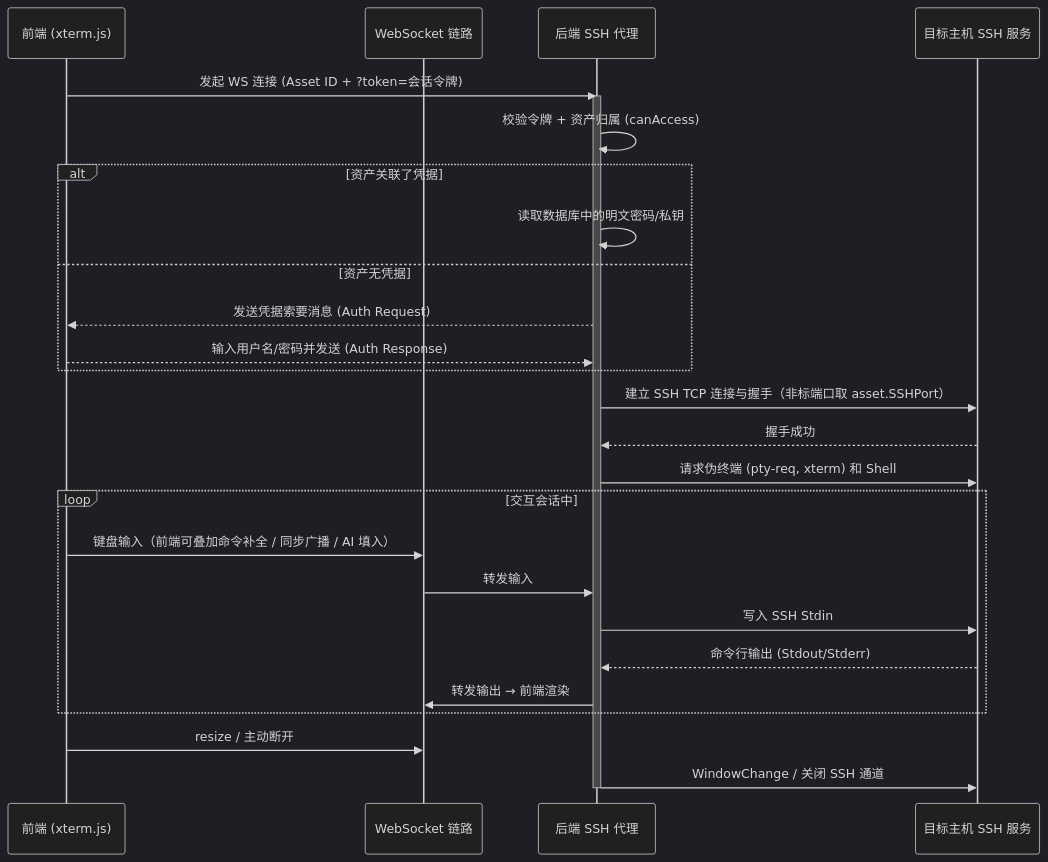
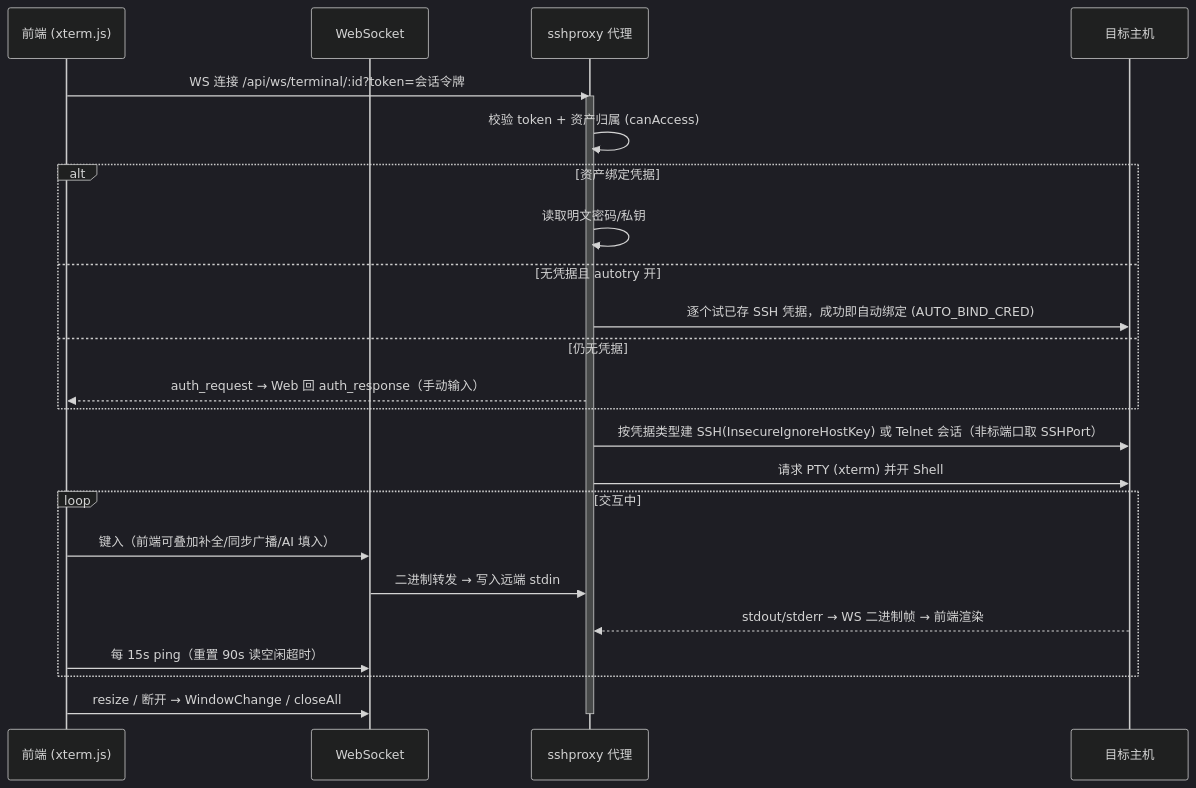
The third of 3 diagrams in docs/architecture.md (xumjbn/meridian), drawn with Mermaid (dark theme) before and after one commit. The commit also changed other lines of this file and 8 other files, not shown here.

````diff
--- a/docs/architecture.md
+++ b/docs/architecture.md
@@ -103,34 +198,28 @@
 ```mermaid
 sequenceDiagram
     participant Web as 前端 (xterm.js)
-    participant WS as WebSocket 链路
-    participant App as 后端 SSH 代理
-    participant Host as 目标主机 SSH 服务
+    participant WS as WebSocket
+    participant App as sshproxy 代理
+    participant Host as 目标主机
 
-    Web->>App: 发起 WS 连接 (Asset ID + ?token=会话令牌)
+    Web->>App: WS 连接 /api/ws/terminal/:id?token=会话令牌
     activate App
-    App->>App: 校验令牌 + 资产归属 (canAccess)
-
-    alt 资产关联了凭据
-        App->>App: 读取数据库中的明文密码/私钥
-    else 资产无凭据
-        App-->>Web: 发送凭据索要消息 (Auth Request)
-        Web-->>App: 输入用户名/密码并发送 (Auth Response)
+    App->>App: 校验 token + 资产归属 (canAccess)
+    alt 资产绑定凭据
+        App->>App: 读取明文密码/私钥
+    else 无凭据且 autotry 开
+        App->>Host: 逐个试已存 SSH 凭据，成功即自动绑定 (AUTO_BIND_CRED)
+    else 仍无凭据
+        App-->>Web: auth_request → Web 回 auth_response（手动输入）
     end
-
-    App->>Host: 建立 SSH TCP 连接与握手（非标端口取 asset.SSHPort）
-    Host-->>App: 握手成功
-    App->>Host: 请求伪终端 (pty-req, xterm) 和 Shell
-
-    loop 交互会话中
-        Web->>WS: 键盘输入（前端可叠加命令补全 / 同步广播 / AI 填入）
-        WS->>App: 转发输入
-        App->>Host: 写入 SSH Stdin
-        Host-->>App: 命令行输出 (Stdout/Stderr)
-        App->>WS: 转发输出 → 前端渲染
+    App->>Host: 按凭据类型建 SSH(InsecureIgnoreHostKey) 或 Telnet 会话（非标端口取 SSHPort）
+    App->>Host: 请求 PTY (xterm) 并开 Shell
+    loop 交互中
+        Web->>WS: 键入（前端可叠加补全/同步广播/AI 填入）
+        WS->>App: 二进制转发 → 写入远端 stdin
+        Host-->>App: stdout/stderr → WS 二进制帧 → 前端渲染
+        Web->>WS: 每 15s ping（重置 90s 读空闲超时）
     end
-
-    Web->>WS: resize / 主动断开
-    App->>Host: WindowChange / 关闭 SSH 通道
+    Web->>WS: resize / 断开 → WindowChange / closeAll
     deactivate App
 ```
````
